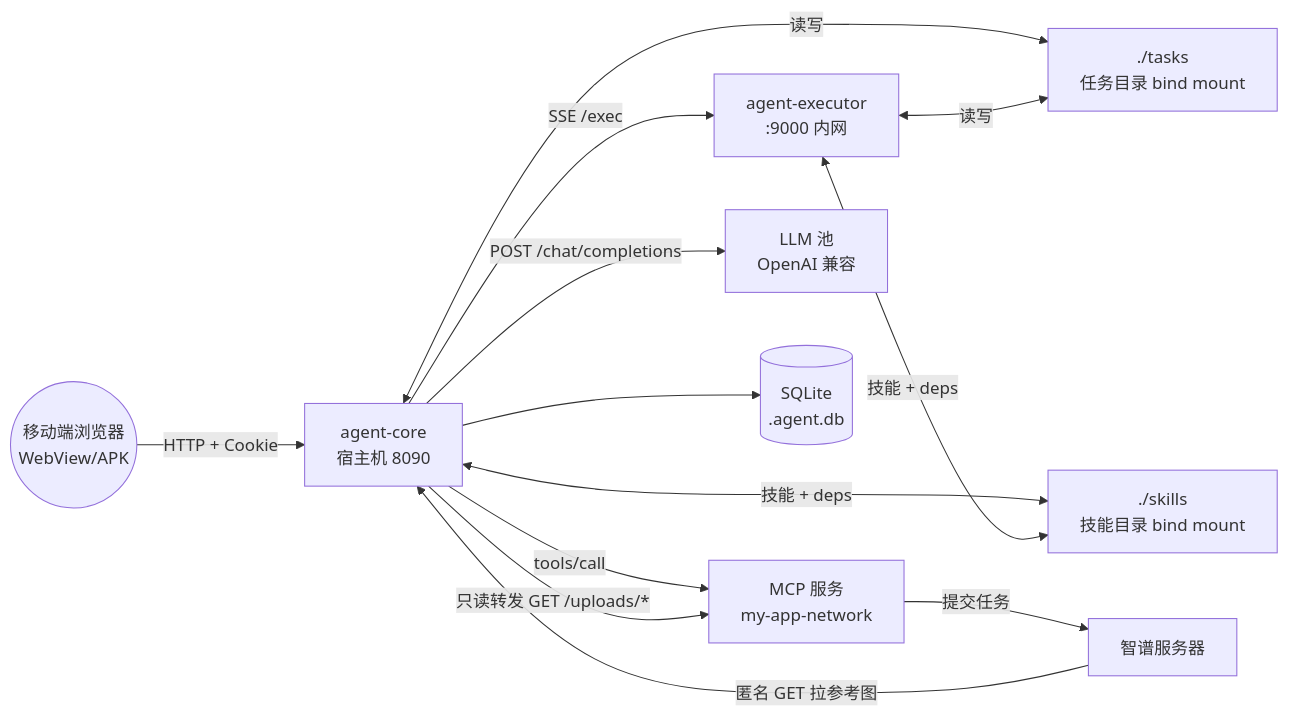
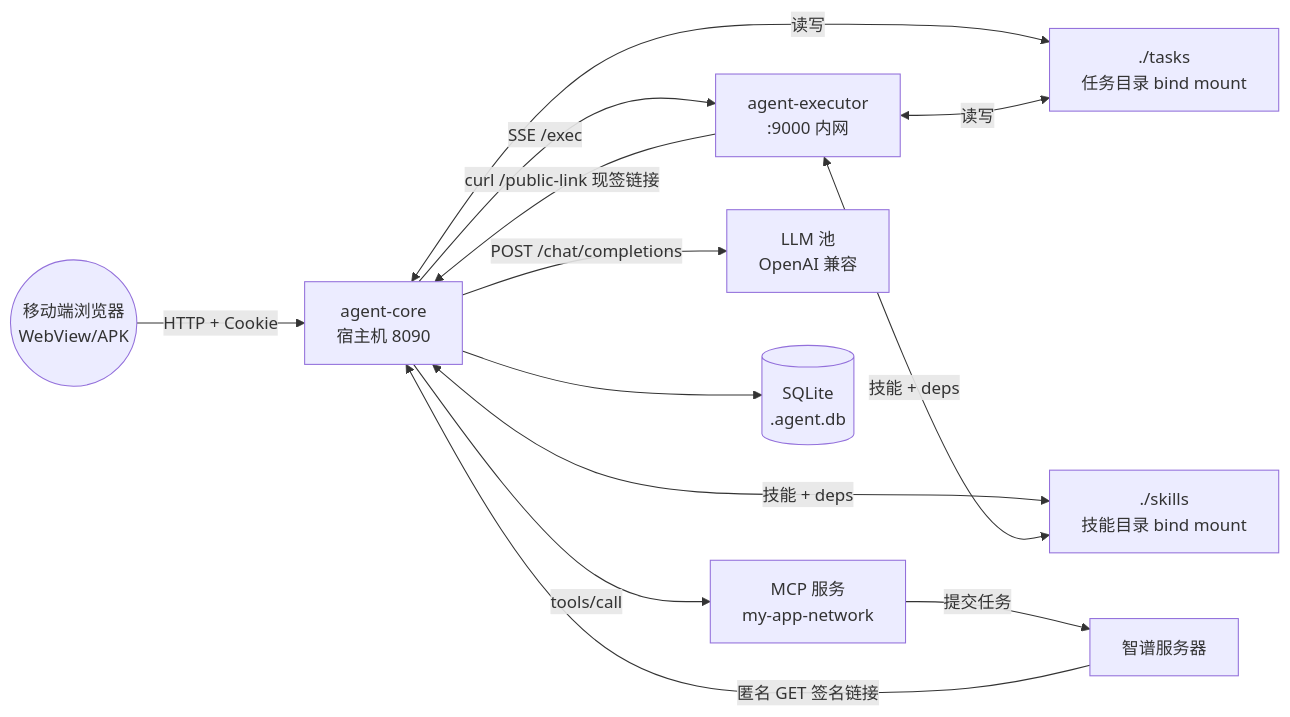
Before and after one commit to kicer/agent: the first of 5 diagrams in docs/ARCHITECTURE.md, drawn with Mermaid. The commit also changed other lines of this file and 10 other files, not shown here.

First line of the commit message:
公网链接改为内网现签：新增 /public-link 签发入口，删掉 /mcp-uploads 中转

````diff
--- a/docs/ARCHITECTURE.md
+++ b/docs/ARCHITECTURE.md
@@ -85,25 +86,25 @@
 ```mermaid
 graph LR
     Browser((移动端浏览器<br/>WebView/APK))
     Core[agent-core<br/>宿主机 8090]
     Exec[agent-executor<br/>:9000 内网]
     MCP[MCP 服务<br/>my-app-network]
     Zhipu[智谱服务器]
     LLM[LLM 池<br/>OpenAI 兼容]
     Tasks[./tasks<br/>任务目录 bind mount]
     Skills[./skills<br/>技能目录 bind mount]
     DB[(SQLite<br/>.agent.db)]
 
     Browser -->|HTTP + Cookie| Core
     Core -->|SSE /exec| Exec
     Core -->|POST /chat/completions| LLM
     Core -->|tools/call| MCP
     MCP -->|提交任务| Zhipu
-    Zhipu -->|匿名 GET 拉参考图| Core
-    Core -->|只读转发 GET /uploads/*| MCP
+    Exec -->|curl /public-link 现签链接| Core
+    Zhipu -->|匿名 GET 签名链接| Core
     Core <-->|读写| Tasks
     Exec <-->|读写| Tasks
     Core <-->|技能 + deps| Skills
     Exec <-->|技能 + deps| Skills
     Core --> DB
 ```
````
